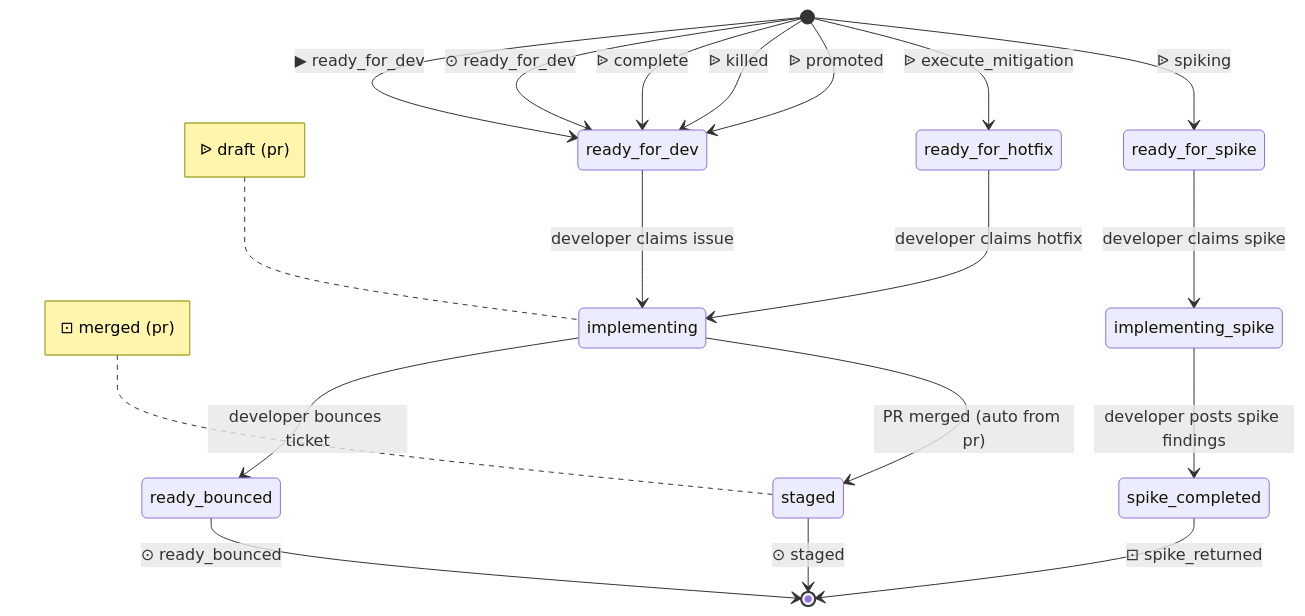
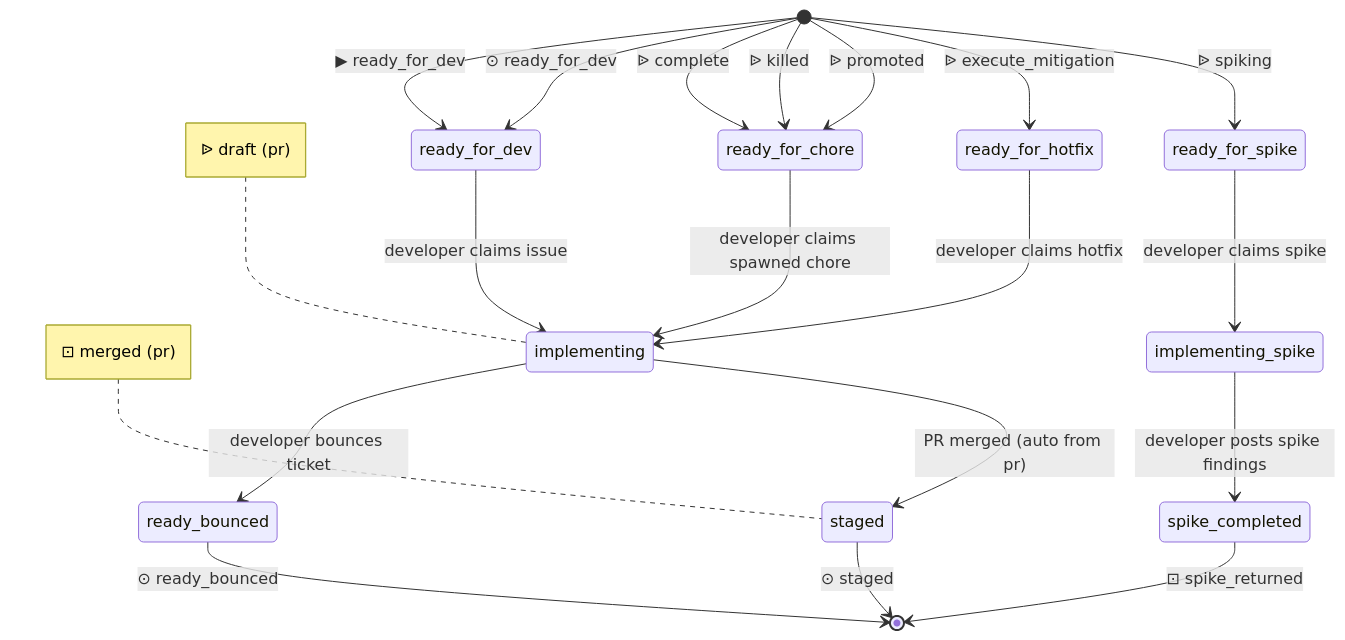
Before and after one commit to blemees/blemees-workflow: the diagram in examples/workflows/inner-loop.md, drawn with Mermaid. The commit also changed other lines of this file and 22 other files, not shown here.

````diff
--- a/examples/workflows/inner-loop.md
+++ b/examples/workflows/inner-loop.md
@@ -18,34 +18,35 @@
 ```mermaid
 stateDiagram-v2
     direction TB
     %% Cross-process interfaces:
     %%   Handoff: ready_for_dev (shared resting state)
     %%   Handoff: staged (shared resting state)
     %%   Handoff: ready_bounced (shared resting state)
     %%   Spawn:   implementing → process pr (issue_type=pr, initial=draft)
     %%
 
     [*] --> ready_for_dev: ▶ ready_for_dev
     ready_for_dev --> implementing: developer claims issue
+    ready_for_chore --> implementing: developer claims spawned chore
     ready_for_spike --> implementing_spike: developer claims spike
     ready_for_hotfix --> implementing: developer claims hotfix
     implementing --> ready_bounced: developer bounces ticket
     implementing --> staged: PR merged (auto from pr)
     implementing_spike --> spike_completed: developer posts spike findings
     spike_completed --> [*]: ⊡ spike_returned
     [*] --> ready_for_dev: ⊙ ready_for_dev
     staged --> [*]: ⊙ staged
     ready_bounced --> [*]: ⊙ ready_bounced
-    [*] --> ready_for_dev: ᐉ complete
-    [*] --> ready_for_dev: ᐉ killed
-    [*] --> ready_for_dev: ᐉ promoted
+    [*] --> ready_for_chore: ᐉ complete
+    [*] --> ready_for_chore: ᐉ killed
+    [*] --> ready_for_chore: ᐉ promoted
     [*] --> ready_for_hotfix: ᐉ execute_mitigation
     [*] --> ready_for_spike: ᐉ spiking
 
     note left of implementing
         ᐉ draft (pr)
     end note
     note left of staged
         ⊡ merged (pr)
     end note
 ```
````
